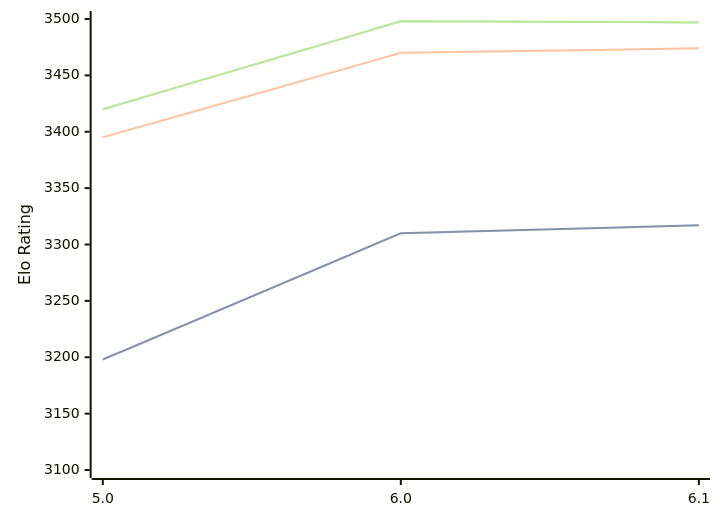
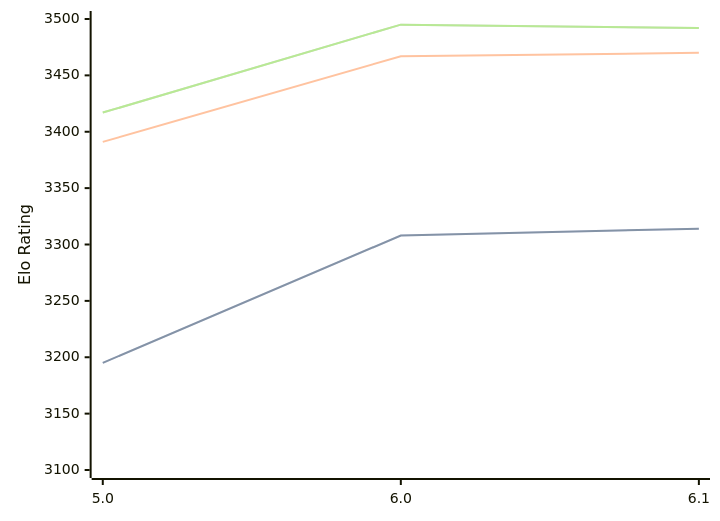
One commit to computer-chess-index/cci changed the diagram in engines/Starzix.md. Above: the diagram before and after it, drawn with Mermaid. The commit also changed other lines of this file, not shown here.

Commit message:
Update CCI Ratings (ELO VLTC) - 2026-06-08

````diff
--- a/engines/Starzix.md
+++ b/engines/Starzix.md
@@ -37,11 +37,11 @@
 ```mermaid
 %%{init: {"theme":"base","themeVariables":{"seriesColors:['#a3a3a3','#222221','#faa371']}}}%%
 xychart-beta
   x-axis ["5.0", "6.0", "6.1"]
   y-axis "Elo Rating" 3100 --> 3500
-  line "STC (8.0+0.08s)" [3198, 3310, 3317]
-  line "STC (8.0+0.08s)" [3198, 3310, 3317]
-  line "LTC (60.0+0.60s)" [3395, 3470, 3474]
-  line "VLTC (2m24s+1.12s)" [3420, 3498, 3497]
-  line "VLTC (2m24s+1.12s)" [3420, 3498, 3497]
+  line "STC (8.0+0.08s)" [3195, 3308, 3314]
+  line "STC (8.0+0.08s)" [3195, 3308, 3314]
+  line "LTC (60.0+0.60s)" [3391, 3467, 3470]
+  line "VLTC (2m24s+1.12s)" [3417, 3495, 3492]
+  line "VLTC (2m24s+1.12s)" [3417, 3495, 3492]
 ```
````
